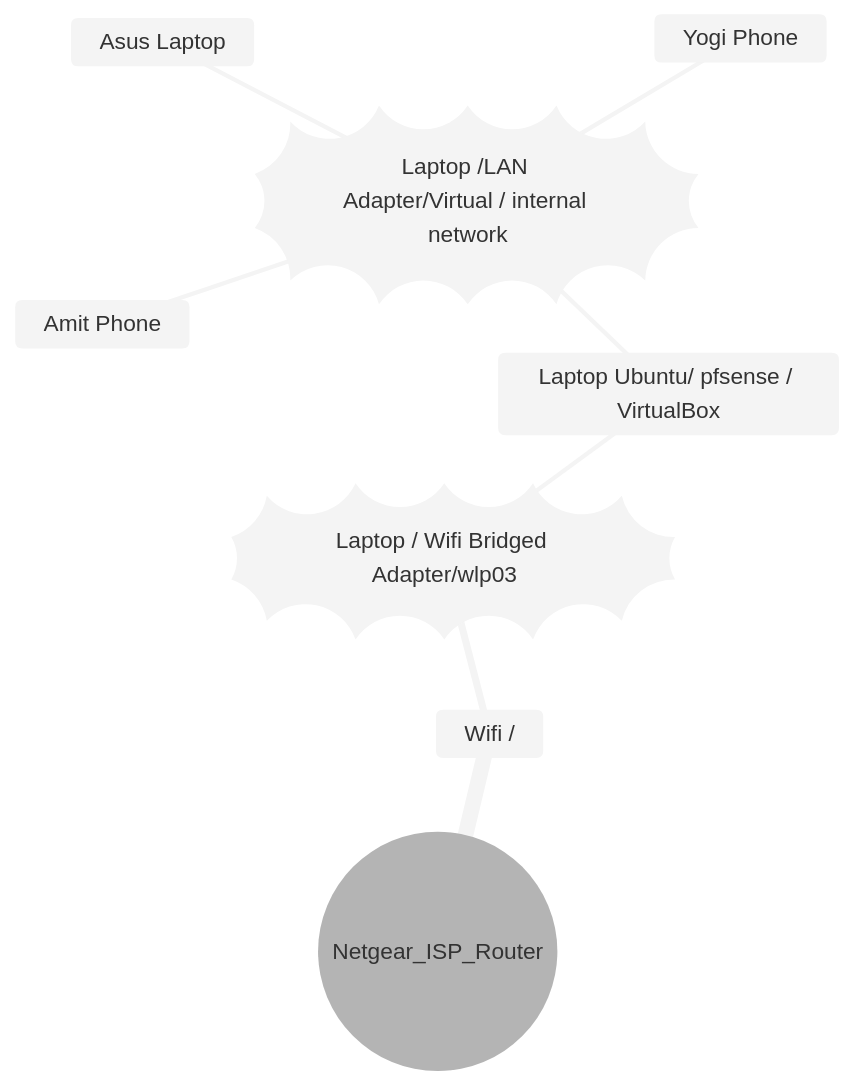
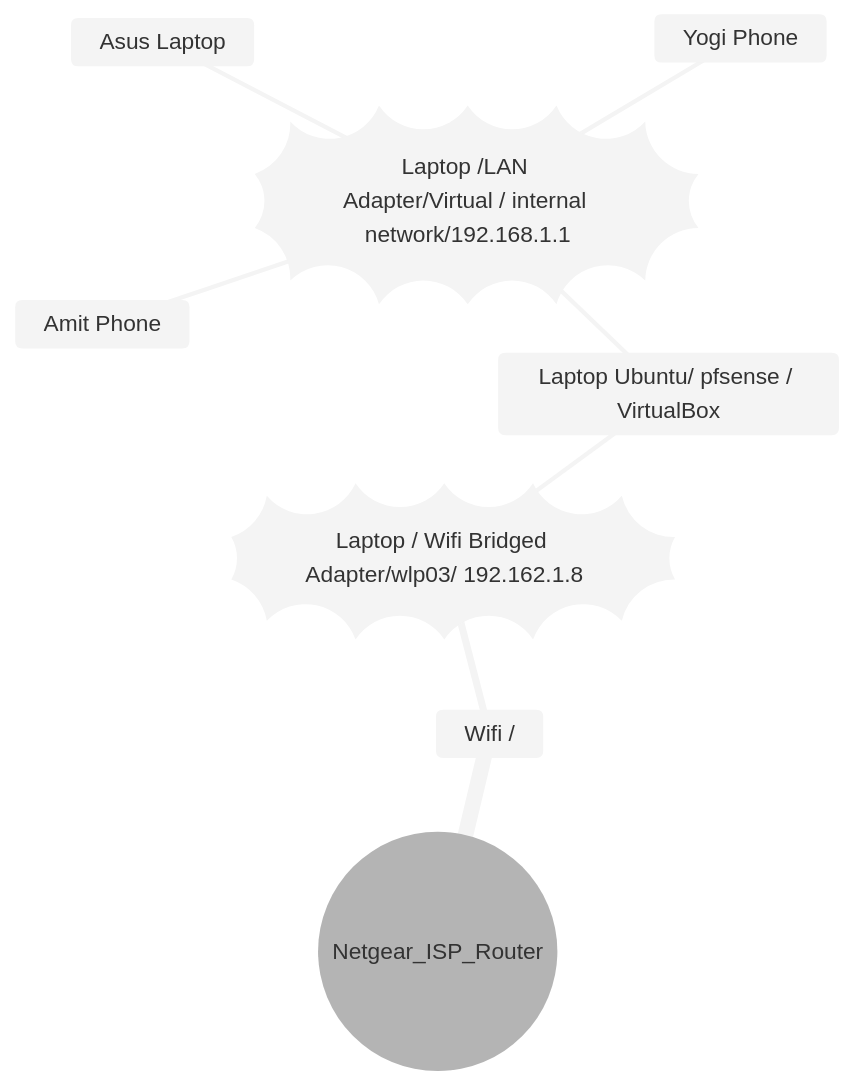
The second of 2 diagrams in Networking/Networking_Devices/Firewall/PfSense/README.adoc (code-with-amitk/Code-examples), drawn with Mermaid (neutral theme) before and after one commit.

````diff
--- a/Networking/Networking_Devices/Firewall/PfSense/README.adoc
+++ b/Networking/Networking_Devices/Firewall/PfSense/README.adoc
@@ -27,11 +27,11 @@
 ```mermaid
 mindmap
   root((Netgear_ISP_Router))
     Wifi /
-        id))Laptop / Wifi Bridged Adapter/wlp03((
+        id))Laptop / Wifi Bridged Adapter/wlp03/ 192.162.1.8((
             Laptop Ubuntu/ pfsense / VirtualBox
-                d))Laptop /LAN Adapter/Virtual / internal network((
+                d))Laptop /LAN Adapter/Virtual / internal network/192.168.1.1((
                     Asus Laptop
                     Amit Phone
                     Yogi Phone
 ```
````
